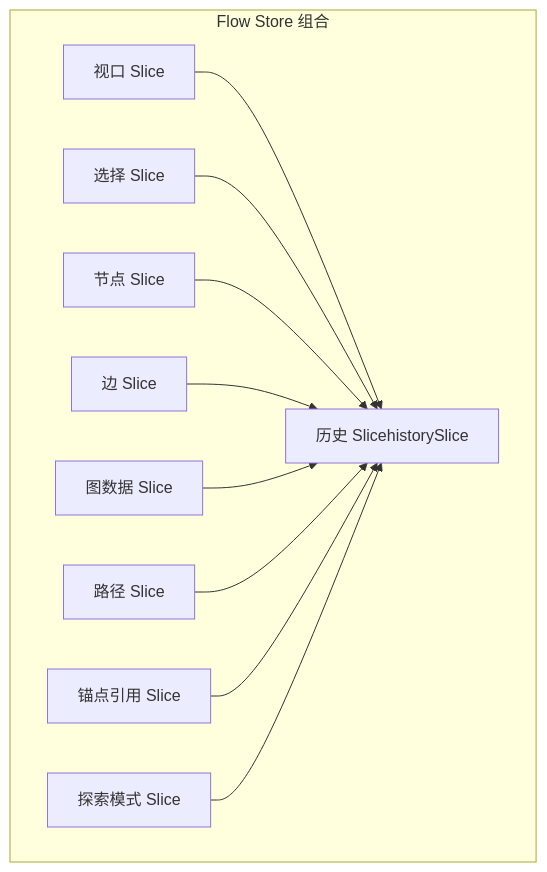
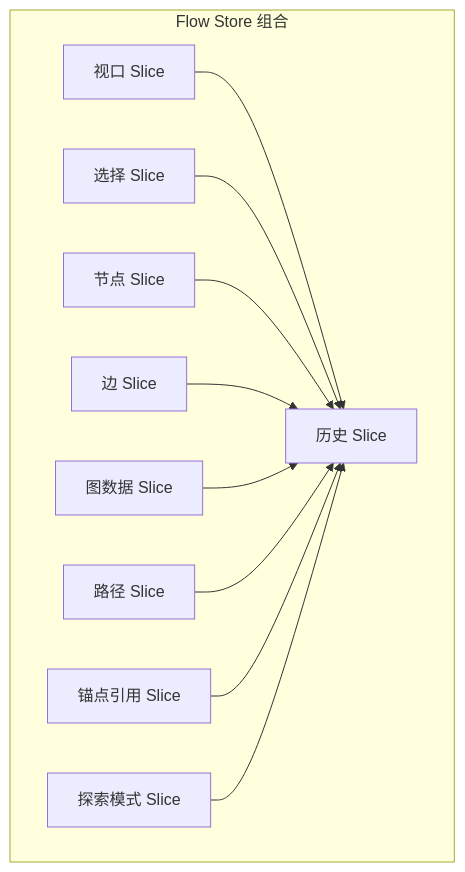
One commit to kqcoxn/MaaPipelineEditor changed the first of 6 diagrams in .qoder/repowiki/zh/content/状态管理系统/Flow Store 核心状态/历史状态管理 (historySlice).md. Above: the diagram before and after it, drawn with Mermaid. The commit also changed other lines of this file and 37 other files, not shown here.

````diff
--- a/.qoder/repowiki/zh/content/状态管理系统/Flow Store 核心状态/历史状态管理 (historySlice).md
+++ b/.qoder/repowiki/zh/content/状态管理系统/Flow Store 核心状态/历史状态管理 (historySlice).md
@@ -36,22 +38,22 @@
 ```mermaid
 graph TB
 subgraph "Flow Store 组合"
 VS["视口 Slice"]
 SS["选择 Slice"]
-HS["历史 SlicehistorySlice"]
+HS["历史 Slice"]
 NS["节点 Slice"]
 ES["边 Slice"]
 GS["图数据 Slice"]
 PS["路径 Slice"]
 AS["锚点引用 Slice"]
 EXS["探索模式 Slice"]
 end
 VS --> HS
 SS --> HS
 NS --> HS
 ES --> HS
 GS --> HS
 PS --> HS
 AS --> HS
 EXS --> HS
 ```
````
